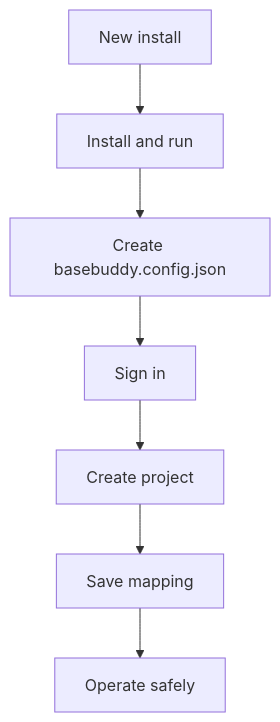
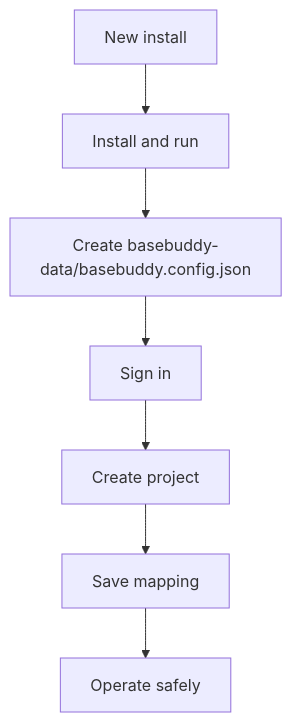
One commit to basebuddy-cms/basebuddy changed the diagram in docs/README.md. Above: the diagram before and after it, drawn with Mermaid. The commit also changed other lines of this file and 41 other files, not shown here.

````diff
--- a/docs/README.md
+++ b/docs/README.md
@@ -9,9 +9,9 @@
 ```mermaid
 flowchart TD
   Start["New install"] --> Install["Install and run"]
-  Install --> Setup["Create basebuddy.config.json"]
+  Install --> Setup["Create basebuddy-data/basebuddy.config.json"]
   Setup --> Login["Sign in"]
   Login --> Project["Create project"]
   Project --> Mapping["Save mapping"]
   Mapping --> Operate["Operate safely"]
 ```
````
